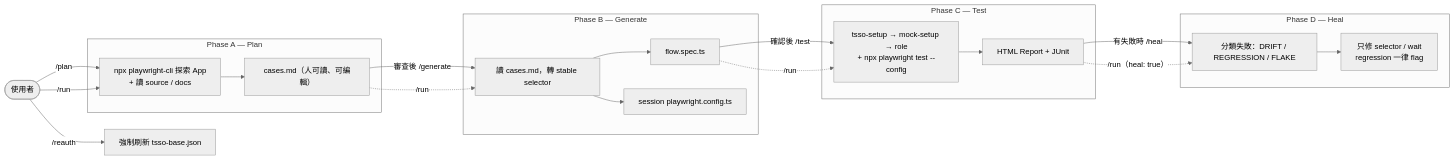
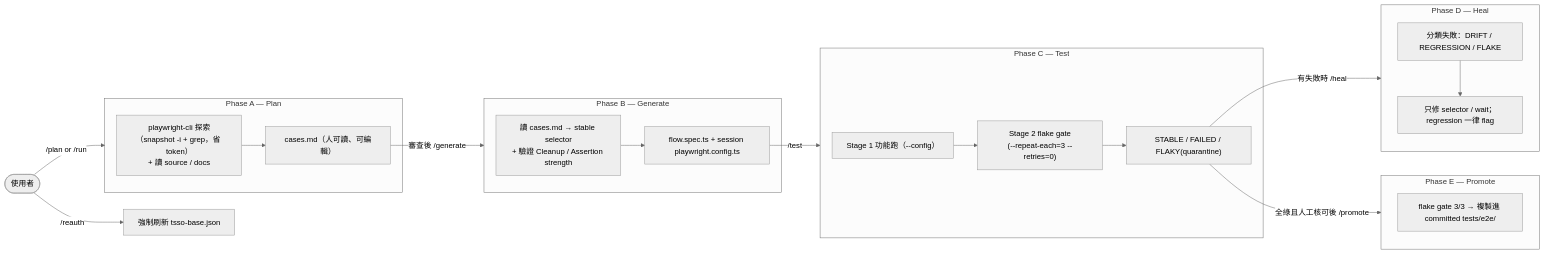
Before and after one commit to cuboid0223/qa-engine-cli: the diagram in README.md, drawn with Mermaid (neutral theme). The commit also changed other lines of this file and 4 other files, not shown here.

First line of the commit message:
docs: add assertion-strength rule and refactor Cleanup format to structured fields

````diff
--- a/README.md
+++ b/README.md
@@ -50,40 +34,37 @@
 ```mermaid
 flowchart LR
     User(["使用者"])
 
-    User -->|"/plan"| A1
-    User -->|"/run"| A1
-
+    User -->|"/plan or /run"| A
     subgraph A["Phase A — Plan"]
-        A1["npx playwright-cli 探索 App\n+ 讀 source / docs"]
+        A1["playwright-cli 探索（snapshot -i + grep，省 token）\n+ 讀 source / docs"]
         A1 --> A2["cases.md（人可讀、可編輯）"]
     end
 
-    A2 -->|"審查後 /generate"| B1
-    A2 -.->|"/run"| B1
-
+    A2 -->|"審查後 /generate"| B
     subgraph B["Phase B — Generate"]
-        B1["讀 cases.md，轉 stable selector"]
-        B1 --> B2["flow.spec.ts"]
-        B1 --> B3["session playwright.config.ts"]
+        B1["讀 cases.md → stable selector\n+ 驗證 Cleanup / Assertion strength"]
+        B1 --> B2["flow.spec.ts + session playwright.config.ts"]
     end
 
-    B2 -->|"確認後 /test"| C1
-    B2 -.->|"/run"| C1
-
+    B2 -->|"/test"| C
     subgraph C["Phase C — Test"]
-        C1["tsso-setup → mock-setup → role\n+ npx playwright test --config"]
-        C1 --> C2["HTML Report + JUnit"]
+        C1["Stage 1 功能跑（--config）"]
+        C1 --> C2["Stage 2 flake gate\n(--repeat-each=3 --retries=0)"]
+        C2 --> C3["STABLE / FAILED / FLAKY(quarantine)"]
     end
 
-    C2 -->|"有失敗時 /heal"| D1
-    C2 -.->|"/run（heal: true）"| D1
-
+    C3 -->|"有失敗時 /heal"| D
     subgraph D["Phase D — Heal"]
         D1["分類失敗：DRIFT / REGRESSION / FLAKE"]
-        D1 --> D2["只修 selector / wait\nregression 一律 flag"]
+        D1 --> D2["只修 selector / wait；regression 一律 flag"]
+    end
+
+    C3 -->|"全綠且人工核可後 /promote"| E
+    subgraph E["Phase E — Promote"]
+        E1["flake gate 3/3 → 複製進 committed tests/e2e/"]
     end
 
     User -->|"/reauth"| R1
     R1["強制刷新 tsso-base.json"]
 ```
````
